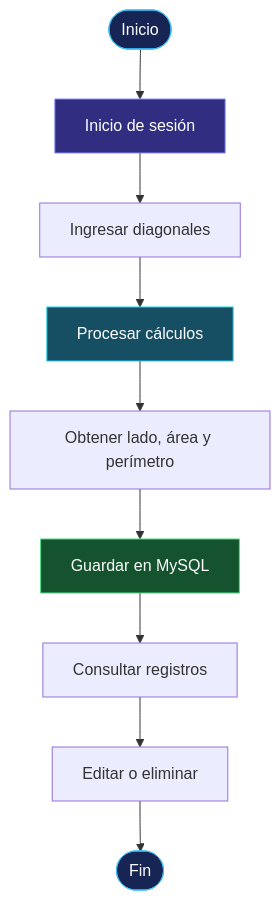
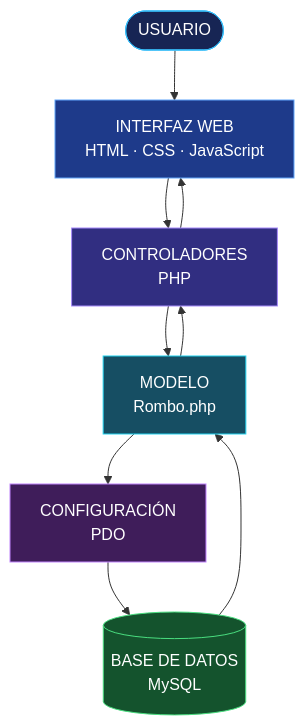
One commit to andremezabarriga314/rombo-php changed the diagram in README.md. Above: the diagram before and after it, drawn with Mermaid. The commit also changed other lines of this file, not shown here.

````diff
--- a/README.md
+++ b/README.md
@@ -120,17 +311,25 @@
 ```mermaid
-flowchart TD
-    A([Inicio]) --> B[Inicio de sesión]
-    B --> C[Ingresar diagonales]
-    C --> D[Procesar cálculos]
-    D --> E[Obtener lado, área y perímetro]
-    E --> F[Guardar en MySQL]
-    F --> G[Consultar registros]
-    G --> H[Editar o eliminar]
-    H --> I([Fin])
+flowchart TB
+    U([USUARIO])
+    V[INTERFAZ WEB<br/>HTML · CSS · JavaScript]
+    C[CONTROLADORES<br/>PHP]
+    M[MODELO<br/>Rombo.php]
+    DB[(BASE DE DATOS<br/>MySQL)]
+    CFG[CONFIGURACIÓN<br/>PDO]
 
-    style A fill:#172554,stroke:#38BDF8,color:#fff
-    style B fill:#312E81,stroke:#818CF8,color:#fff
-    style D fill:#164E63,stroke:#22D3EE,color:#fff
-    style F fill:#14532D,stroke:#4ADE80,color:#fff
-    style I fill:#172554,stroke:#38BDF8,color:#fff
+    U --> V
+    V --> C
+    C --> M
+    M --> CFG
+    CFG --> DB
+    DB --> M
+    M --> C
+    C --> V
+
+    style U fill:#172554,stroke:#38BDF8,color:#fff
+    style V fill:#1E3A8A,stroke:#60A5FA,color:#fff
+    style C fill:#312E81,stroke:#A78BFA,color:#fff
+    style M fill:#164E63,stroke:#22D3EE,color:#fff
+    style DB fill:#14532D,stroke:#4ADE80,color:#fff
+    style CFG fill:#3F1D5A,stroke:#C084FC,color:#fff
 ```
````
